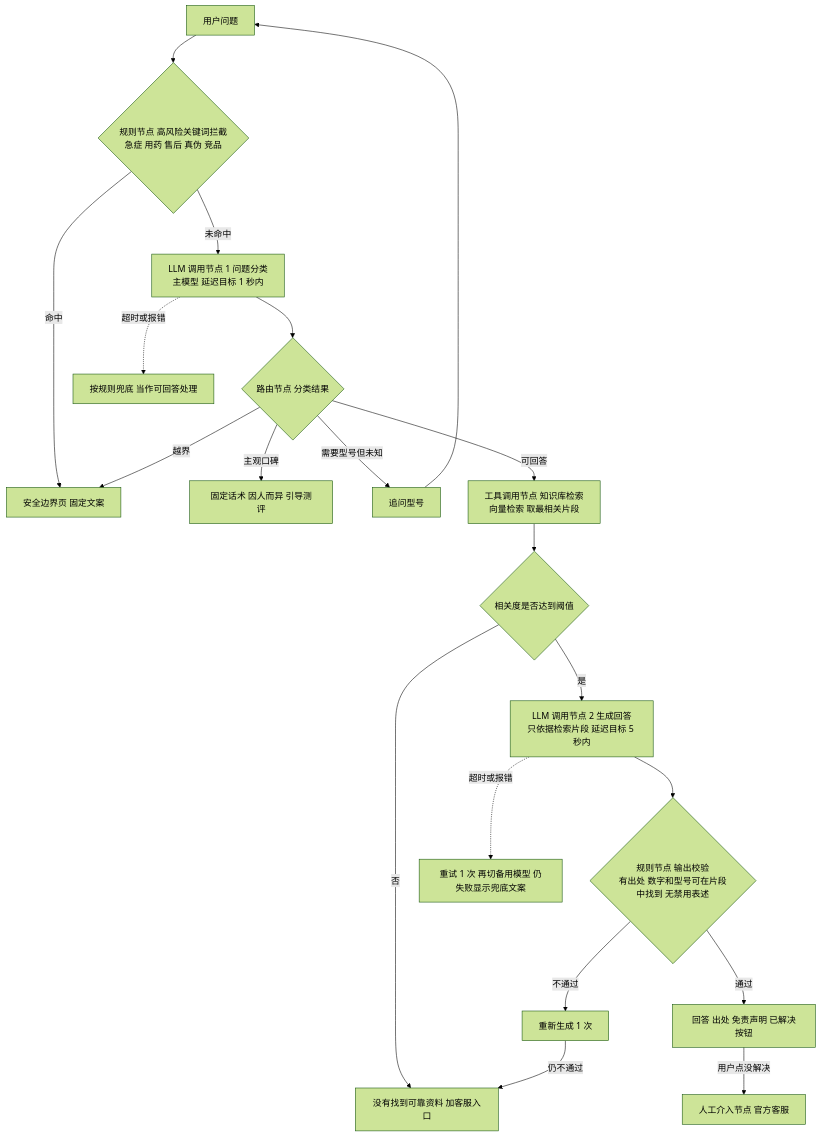
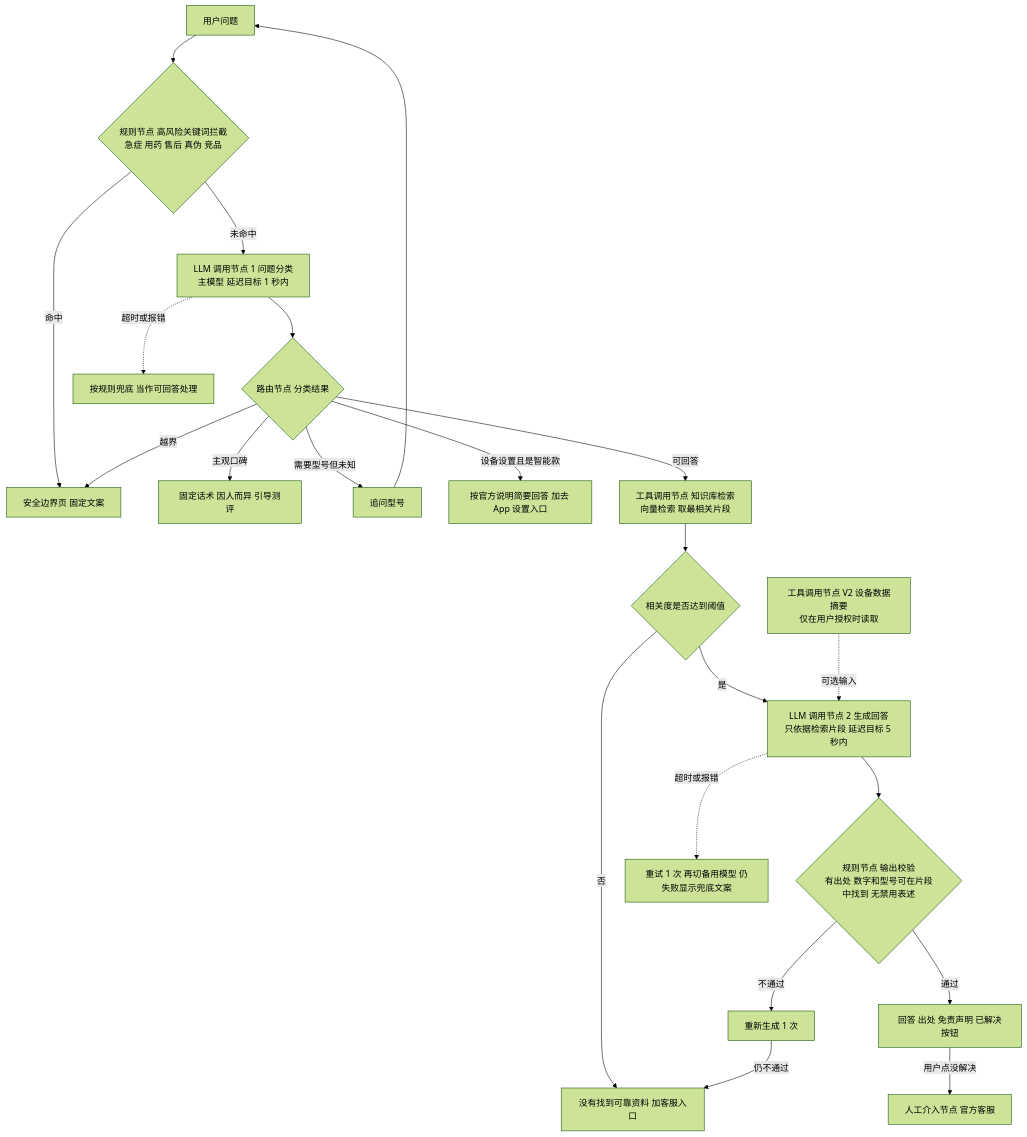
One commit to XinyueFan-27/usmile-ai-care-assistant changed the second of 6 diagrams in docs/PRD_v1.0.md. Above: the diagram before and after it, drawn with Mermaid (forest theme). The commit also changed other lines of this file and 5 other files, not shown here.

````diff
--- a/docs/PRD_v1.0.md
+++ b/docs/PRD_v1.0.md
@@ -496,21 +633,23 @@
 ```mermaid
 flowchart TD
     U[用户问题] --> R1{规则节点 高风险关键词拦截<br/>急症 用药 售后 真伪 竞品}
     R1 -->|命中| BP[安全边界页 固定文案]
     R1 -->|未命中| L1[LLM 调用节点 1 问题分类<br/>主模型 延迟目标 1 秒内]
     L1 --> R2{路由节点 分类结果}
     R2 -->|越界| BP
     R2 -->|主观口碑| T1[固定话术 因人而异 引导测评]
     R2 -->|需要型号但未知| AQ[追问型号] --> U
+    R2 -->|设备设置且是智能款| GA[按官方说明简要回答 加去 App 设置入口]
     R2 -->|可回答| S[工具调用节点 知识库检索<br/>向量检索 取最相关片段]
     S --> C1{相关度是否达到阈值}
     C1 -->|否| ND[没有找到可靠资料 加客服入口]
     C1 -->|是| L2[LLM 调用节点 2 生成回答<br/>只依据检索片段 延迟目标 5 秒内]
+    DS[工具调用节点 V2 设备数据摘要<br/>仅在用户授权时读取] -.可选输入.-> L2
     L2 --> V{规则节点 输出校验<br/>有出处 数字和型号可在片段中找到 无禁用表述}
     V -->|通过| OUT[回答 出处 免责声明 已解决按钮]
     V -->|不通过| RG[重新生成 1 次]
     RG -->|仍不通过| ND
     L1 -.超时或报错.-> FB1[按规则兜底 当作可回答处理]
     L2 -.超时或报错.-> FB2[重试 1 次 再切备用模型 仍失败显示兜底文案]
     OUT -->|用户点没解决| HU[人工介入节点 官方客服]
 ```
````
